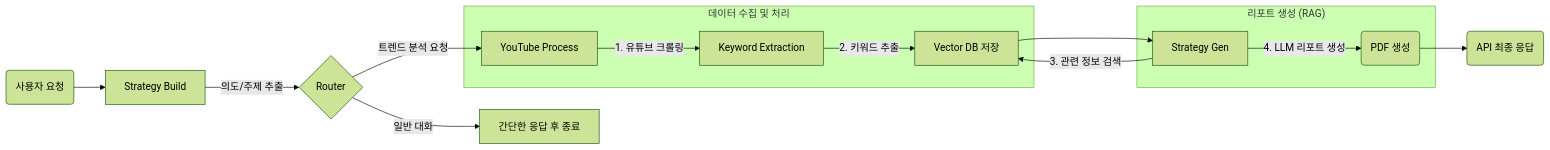
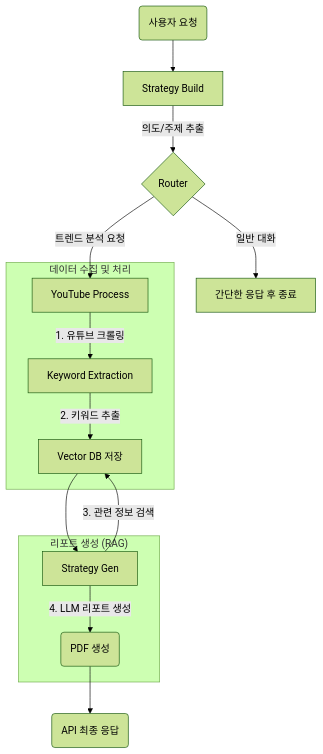
Before and after one commit to kwjj0820/Trend-Mirror: the diagram in README.md, drawn with Mermaid (forest theme).

````diff
--- a/README.md
+++ b/README.md
@@ -18,21 +18,21 @@
 ```mermaid
-graph LR
+graph TD
     A(사용자 요청) --> B[Strategy Build];
     B -- "의도/주제 추출" --> C{Router};
     C -- "트렌드 분석 요청" --> D[YouTube Process];
     C -- "일반 대화" --> G[간단한 응답 후 종료];
     
     subgraph "데이터 수집 및 처리"
         D -- "1. 유튜브 크롤링" --> E[Keyword Extraction];
         E -- "2. 키워드 추출" --> F[Vector DB 저장];
     end
     
     F --> H[Strategy Gen];
 
     subgraph "리포트 생성 (RAG)"
         H -- "3. 관련 정보 검색" --> F;
         H -- "4. LLM 리포트 생성" --> I(PDF 생성);
     end
 
     I --> J(API 최종 응답);
 ```
````
